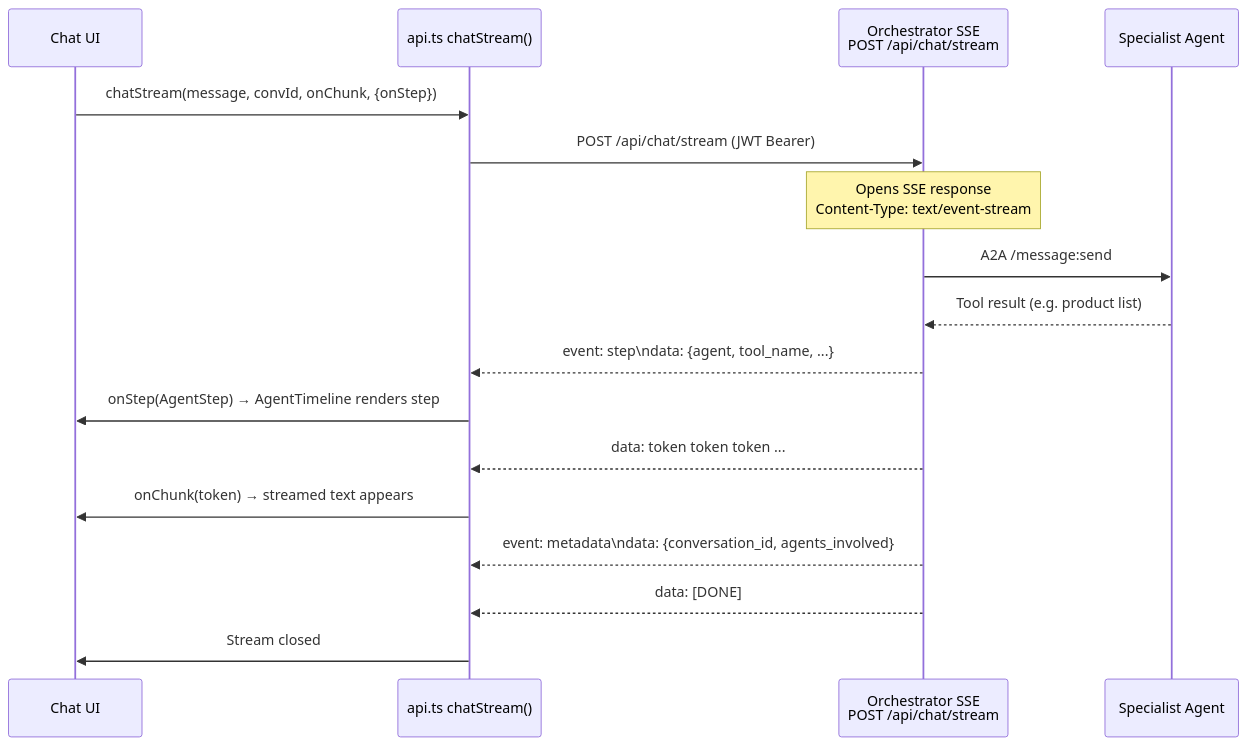
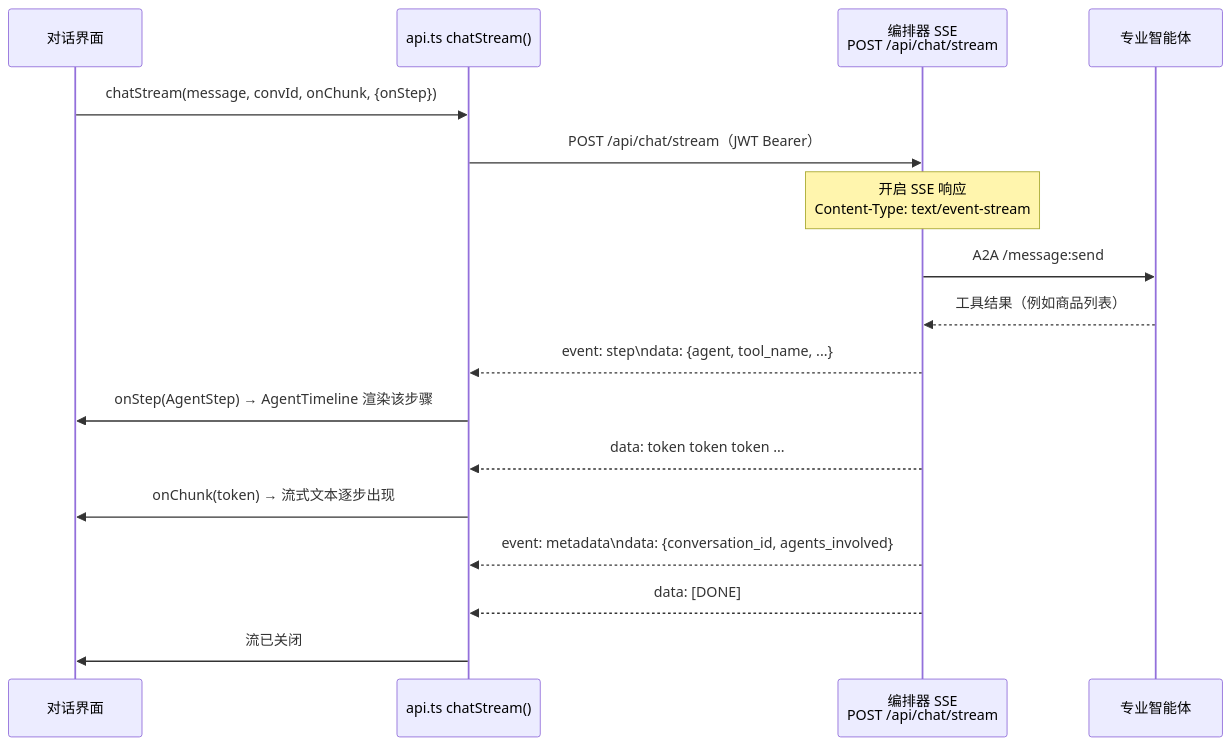
One commit to s1encisi/reliable-commerce-agents changed the diagram in docs/frontend.md. Above: the diagram before and after it, drawn with Mermaid. The commit also changed other lines of this file and 1033 other files, not shown here.

````diff
--- a/docs/frontend.md
+++ b/docs/frontend.md
@@ -68,24 +67,24 @@
 ```mermaid
 sequenceDiagram
-    participant UI as Chat UI
+    participant UI as 对话界面
     participant API as api.ts chatStream()
-    participant ORCH as Orchestrator SSE<br/>POST /api/chat/stream
-    participant SPEC as Specialist Agent
+    participant ORCH as 编排器 SSE<br/>POST /api/chat/stream
+    participant SPEC as 专业智能体
 
     UI->>API: chatStream(message, convId, onChunk, {onStep})
-    API->>ORCH: POST /api/chat/stream (JWT Bearer)
-    Note over ORCH: Opens SSE response<br/>Content-Type: text/event-stream
+    API->>ORCH: POST /api/chat/stream（JWT Bearer）
+    Note over ORCH: 开启 SSE 响应<br/>Content-Type: text/event-stream
 
     ORCH->>SPEC: A2A /message:send
-    SPEC-->>ORCH: Tool result (e.g. product list)
+    SPEC-->>ORCH: 工具结果（例如商品列表）
 
     ORCH-->>API: event: step\ndata: {agent, tool_name, ...}
-    API->>UI: onStep(AgentStep) → AgentTimeline renders step
+    API->>UI: onStep(AgentStep) → AgentTimeline 渲染该步骤
 
     ORCH-->>API: data: token token token ...
-    API->>UI: onChunk(token) → streamed text appears
+    API->>UI: onChunk(token) → 流式文本逐步出现
 
     ORCH-->>API: event: metadata\ndata: {conversation_id, agents_involved}
     ORCH-->>API: data: [DONE]
-    API->>UI: Stream closed
+    API->>UI: 流已关闭
 ```
````
